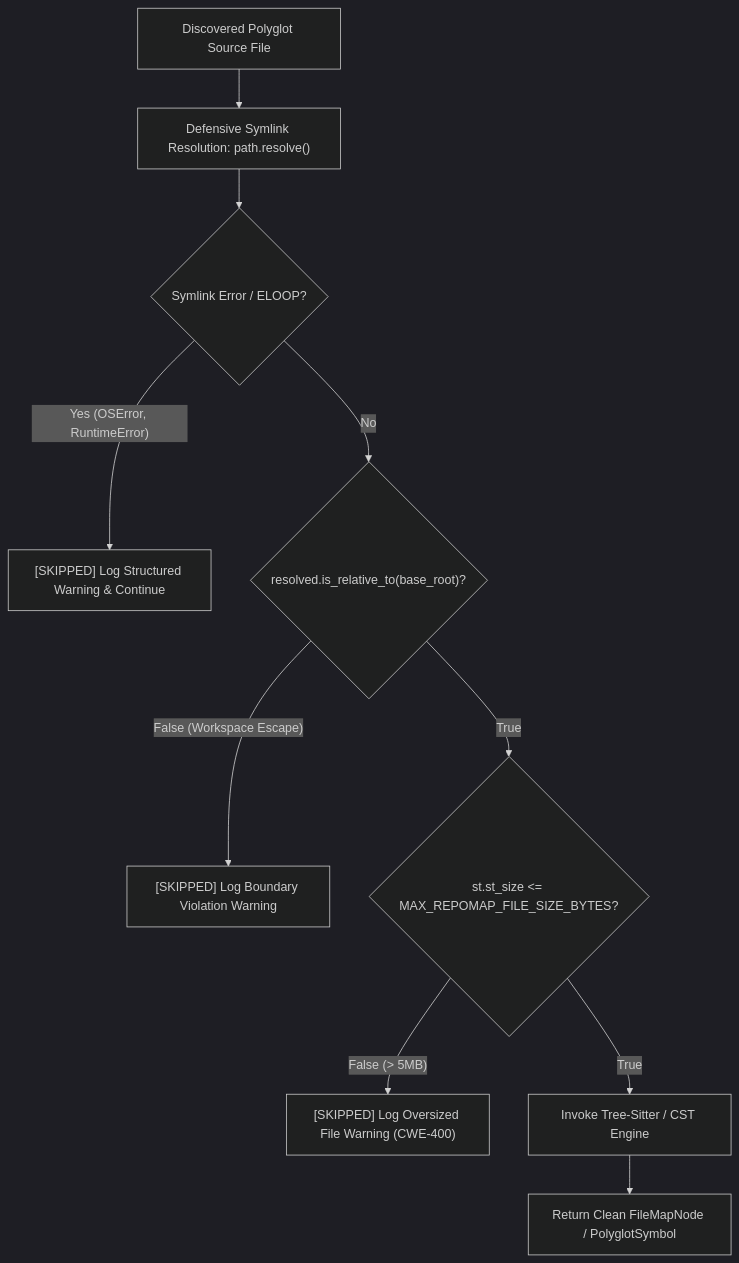
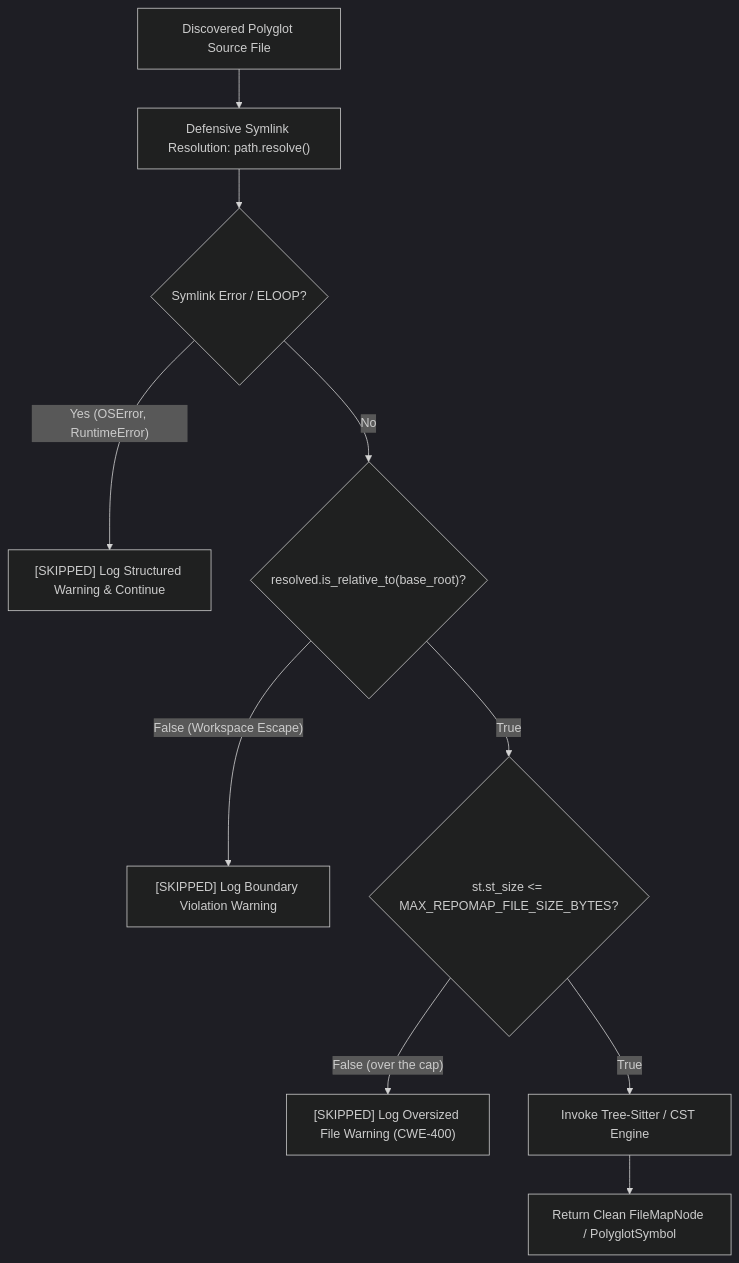
One commit to dan-petty/vibes changed the diagram in observations/devops-cli/12-polyglot-cst-boundary-guards-and-symlink-containment.md. Above: the diagram before and after it, drawn with Mermaid (dark theme). The commit also changed other lines of this file and 248 other files, not shown here.

````diff
--- a/observations/devops-cli/12-polyglot-cst-boundary-guards-and-symlink-containment.md
+++ b/observations/devops-cli/12-polyglot-cst-boundary-guards-and-symlink-containment.md
@@ -27,12 +27,12 @@
 ```mermaid
 flowchart TD
     CandidateFile["Discovered Polyglot Source File"] --> Resolve["Defensive Symlink Resolution: path.resolve()"]
     Resolve --> TrapErr{"Symlink Error / ELOOP?"}
     TrapErr -->|"Yes (OSError, RuntimeError)"| Skip1["[SKIPPED] Log Structured Warning & Continue"]
     TrapErr -->|No| RelCheck{"resolved.is_relative_to(base_root)?"}
     RelCheck -->|"False (Workspace Escape)"| Skip2["[SKIPPED] Log Boundary Violation Warning"]
     RelCheck -->|True| StatCheck{"st.st_size <= MAX_REPOMAP_FILE_SIZE_BYTES?"}
-    StatCheck -->|"False (> 5MB)"| Skip3["[SKIPPED] Log Oversized File Warning (CWE-400)"]
+    StatCheck -->|"False (over the cap)"| Skip3["[SKIPPED] Log Oversized File Warning (CWE-400)"]
     StatCheck -->|True| Parse["Invoke Tree-Sitter / CST Engine"]
     Parse --> Success["Return Clean FileMapNode / PolyglotSymbol"]
 ```
````
